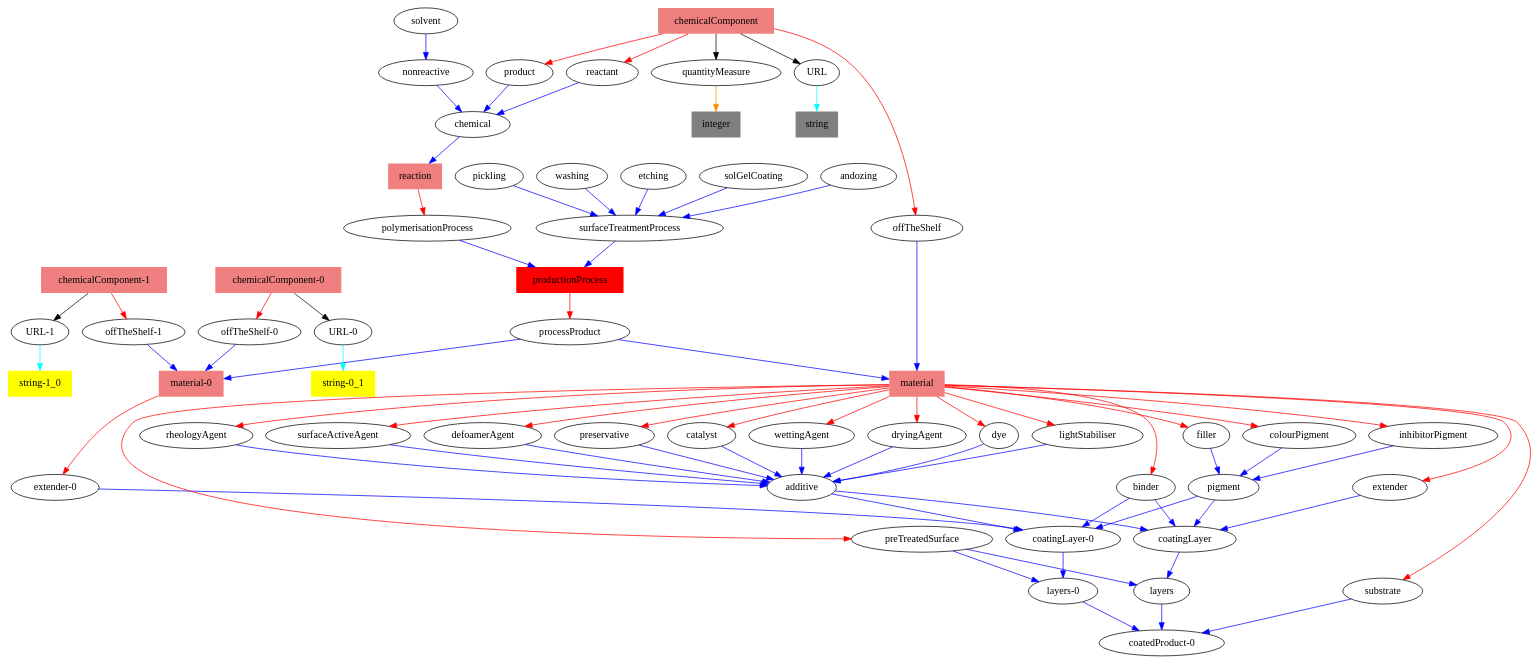
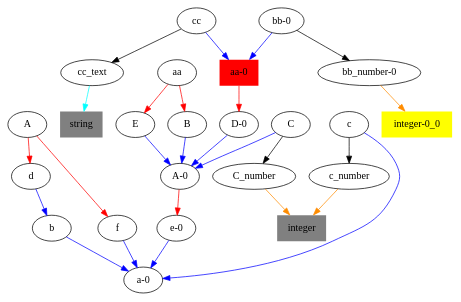
Before and after one commit to heinz-preisig/PeriConto: the diagram in ontologyRepository/Digraph.gv, drawn with Graphviz. The commit also changed 21 other files, not shown here.

```diff
--- a/ontologyRepository/Digraph.gv
+++ b/ontologyRepository/Digraph.gv
@@ -1,230 +1,77 @@
 digraph {
+	A
+	d
+	A -> d [color=red]
+	cc
+	"aa-0" [fillcolor=red shape=none style=filled]
+	cc -> "aa-0" [color=blue]
 	integer [color=green fillcolor=gray shape=none style=filled]
 	integer
-	quantityMeasure -> integer [color=darkorange]
-	binder
-	"coatingLayer-0"
-	binder -> "coatingLayer-0" [color=blue]
-	chemicalComponent [color=red fillcolor=lightcoral shape=none style=filled]
-	quantityMeasure
-	chemicalComponent -> quantityMeasure [color=black]
-	extender
-	coatingLayer
-	extender -> coatingLayer [color=blue]
-	additive
-	coatingLayer
-	additive -> coatingLayer [color=blue]
-	rheologyAgent
-	additive
-	rheologyAgent -> additive [color=blue]
-	"extender-0"
-	"coatingLayer-0"
-	"extender-0" -> "coatingLayer-0" [color=blue]
-	offTheShelf
-	material
-	offTheShelf -> material [color=blue]
-	"string-1_0" [color=green fillcolor=yellow shape=none style=filled]
-	"string-1_0"
-	"URL-1" -> "string-1_0" [color=cyan]
-	processProduct
-	"material-0"
-	processProduct -> "material-0" [color=blue]
-	surfaceActiveAgent
-	additive
-	surfaceActiveAgent -> additive [color=blue]
-	material [color=red fillcolor=lightcoral shape=none style=filled]
-	defoamerAgent
-	material -> defoamerAgent [color=red]
-	chemicalComponent [color=red fillcolor=lightcoral shape=none style=filled]
-	reactant
-	chemicalComponent -> reactant [color=red]
-	washing
-	surfaceTreatmentProcess
-	washing -> surfaceTreatmentProcess [color=blue]
-	preservative
-	additive
-	preservative -> additive [color=blue]
-	material [color=red fillcolor=lightcoral shape=none style=filled]
-	surfaceActiveAgent
-	material -> surfaceActiveAgent [color=red]
-	material [color=red fillcolor=lightcoral shape=none style=filled]
-	extender
-	material -> extender [color=red]
-	"offTheShelf-1"
-	"material-0"
-	"offTheShelf-1" -> "material-0" [color=blue]
-	reactant
-	chemical
-	reactant -> chemical [color=blue]
-	processProduct
-	material
-	processProduct -> material [color=blue]
-	productionProcess [color=red fillcolor=lightcoral shape=none style=filled]
-	processProduct
-	productionProcess -> processProduct [color=red]
-	catalyst
-	additive
-	catalyst -> additive [color=blue]
-	defoamerAgent
-	additive
-	defoamerAgent -> additive [color=blue]
-	material [color=red fillcolor=lightcoral shape=none style=filled]
-	substrate
-	material -> substrate [color=red]
-	binder
-	coatingLayer
-	binder -> coatingLayer [color=blue]
-	chemicalComponent [color=red fillcolor=lightcoral shape=none style=filled]
-	URL
-	chemicalComponent -> URL [color=black]
-	layers
-	"coatedProduct-0"
-	layers -> "coatedProduct-0" [color=blue]
-	material [color=red fillcolor=lightcoral shape=none style=filled]
-	preservative
-	material -> preservative [color=red]
-	material [color=red fillcolor=lightcoral shape=none style=filled]
-	wettingAgent
-	material -> wettingAgent [color=red]
-	nonreactive
-	chemical
-	nonreactive -> chemical [color=blue]
-	material [color=red fillcolor=lightcoral shape=none style=filled]
-	dryingAgent
-	material -> dryingAgent [color=red]
-	surfaceTreatmentProcess
-	productionProcess [fillcolor=red shape=none style=filled]
-	surfaceTreatmentProcess -> productionProcess [color=blue]
-	etching
-	surfaceTreatmentProcess
-	etching -> surfaceTreatmentProcess [color=blue]
-	preTreatedSurface
-	layers
-	preTreatedSurface -> layers [color=blue]
-	solGelCoating
-	surfaceTreatmentProcess
-	solGelCoating -> surfaceTreatmentProcess [color=blue]
-	"coatingLayer-0"
-	"layers-0"
-	"coatingLayer-0" -> "layers-0" [color=blue]
-	substrate
-	"coatedProduct-0"
-	substrate -> "coatedProduct-0" [color=blue]
-	material [color=red fillcolor=lightcoral shape=none style=filled]
-	binder
-	material -> binder [color=red]
-	pigment
-	"coatingLayer-0"
-	pigment -> "coatingLayer-0" [color=blue]
-	andozing
-	surfaceTreatmentProcess
-	andozing -> surfaceTreatmentProcess [color=blue]
-	solvent
-	nonreactive
-	solvent -> nonreactive [color=blue]
-	product
-	chemical
-	product -> chemical [color=blue]
-	dryingAgent
-	additive
-	dryingAgent -> additive [color=blue]
-	reaction [color=red fillcolor=lightcoral shape=none style=filled]
-	polymerisationProcess
-	reaction -> polymerisationProcess [color=red]
-	"chemicalComponent-0" [color=red fillcolor=lightcoral shape=none style=filled]
-	"URL-0"
-	"chemicalComponent-0" -> "URL-0" [color=black]
-	chemicalComponent [color=red fillcolor=lightcoral shape=none style=filled]
-	product
-	chemicalComponent -> product [color=red]
+	c_number -> integer [color=darkorange]
+	"bb-0"
+	"aa-0" [fillcolor=red shape=none style=filled]
+	"bb-0" -> "aa-0" [color=blue]
+	cc
+	cc_text
+	cc -> cc_text [color=black]
+	"integer-0_0" [color=green fillcolor=yellow shape=none style=filled]
+	"integer-0_0"
+	"bb_number-0" -> "integer-0_0" [color=darkorange]
+	C
+	C_number
+	C -> C_number [color=black]
+	"aa-0"
+	"D-0"
+	"aa-0" -> "D-0" [color=red]
+	B
+	"A-0"
+	B -> "A-0" [color=blue]
+	d
+	b
+	d -> b [color=blue]
+	"D-0"
+	"A-0"
+	"D-0" -> "A-0" [color=blue]
+	b
+	"a-0"
+	b -> "a-0" [color=blue]
+	"e-0"
+	"a-0"
+	"e-0" -> "a-0" [color=blue]
+	"bb-0"
+	"bb_number-0"
+	"bb-0" -> "bb_number-0" [color=black]
+	"A-0"
+	"e-0"
+	"A-0" -> "e-0" [color=red]
+	aa
+	E
+	aa -> E [color=red]
+	f
+	"a-0"
+	f -> "a-0" [color=blue]
+	A
+	f
+	A -> f [color=red]
 	string [color=green fillcolor=gray shape=none style=filled]
 	string
-	URL -> string [color=cyan]
-	colourPigment
-	pigment
-	colourPigment -> pigment [color=blue]
-	"layers-0"
-	"coatedProduct-0"
-	"layers-0" -> "coatedProduct-0" [color=blue]
-	"chemicalComponent-0" [color=red fillcolor=lightcoral shape=none style=filled]
-	"offTheShelf-0"
-	"chemicalComponent-0" -> "offTheShelf-0" [color=red]
-	preTreatedSurface
-	"layers-0"
-	preTreatedSurface -> "layers-0" [color=blue]
-	inhibitorPigment
-	pigment
-	inhibitorPigment -> pigment [color=blue]
-	"chemicalComponent-1" [color=red fillcolor=lightcoral shape=none style=filled]
-	"URL-1"
-	"chemicalComponent-1" -> "URL-1" [color=black]
-	material [color=red fillcolor=lightcoral shape=none style=filled]
-	filler
-	material -> filler [color=red]
-	material [color=red fillcolor=lightcoral shape=none style=filled]
-	colourPigment
-	material -> colourPigment [color=red]
-	wettingAgent
-	additive
-	wettingAgent -> additive [color=blue]
-	filler
-	pigment
-	filler -> pigment [color=blue]
-	additive
-	"coatingLayer-0"
-	additive -> "coatingLayer-0" [color=blue]
-	"string-0_1" [color=green fillcolor=yellow shape=none style=filled]
-	"string-0_1"
-	"URL-0" -> "string-0_1" [color=cyan]
-	"chemicalComponent-1" [color=red fillcolor=lightcoral shape=none style=filled]
-	"offTheShelf-1"
-	"chemicalComponent-1" -> "offTheShelf-1" [color=red]
-	"material-0" [color=red fillcolor=lightcoral shape=none style=filled]
-	"extender-0"
-	"material-0" -> "extender-0" [color=red]
-	pickling
-	surfaceTreatmentProcess
-	pickling -> surfaceTreatmentProcess [color=blue]
-	dye
-	additive
-	dye -> additive [color=blue]
-	material [color=red fillcolor=lightcoral shape=none style=filled]
-	rheologyAgent
-	material -> rheologyAgent [color=red]
-	chemicalComponent [color=red fillcolor=lightcoral shape=none style=filled]
-	offTheShelf
-	chemicalComponent -> offTheShelf [color=red]
-	chemical
-	reaction
-	chemical -> reaction [color=blue]
-	material [color=red fillcolor=lightcoral shape=none style=filled]
-	preTreatedSurface
-	material -> preTreatedSurface [color=red]
-	pigment
-	coatingLayer
-	pigment -> coatingLayer [color=blue]
-	coatingLayer
-	layers
-	coatingLayer -> layers [color=blue]
-	"offTheShelf-0"
-	"material-0"
-	"offTheShelf-0" -> "material-0" [color=blue]
-	material [color=red fillcolor=lightcoral shape=none style=filled]
-	catalyst
-	material -> catalyst [color=red]
-	lightStabiliser
-	additive
-	lightStabiliser -> additive [color=blue]
-	polymerisationProcess
-	productionProcess [fillcolor=red shape=none style=filled]
-	polymerisationProcess -> productionProcess [color=blue]
-	material [color=red fillcolor=lightcoral shape=none style=filled]
-	inhibitorPigment
-	material -> inhibitorPigment [color=red]
-	material [color=red fillcolor=lightcoral shape=none style=filled]
-	lightStabiliser
-	material -> lightStabiliser [color=red]
-	material [color=red fillcolor=lightcoral shape=none style=filled]
-	dye
-	material -> dye [color=red]
+	cc_text -> string [color=cyan]
+	c
+	c_number
+	c -> c_number [color=black]
+	E
+	"A-0"
+	E -> "A-0" [color=blue]
+	c
+	"a-0"
+	c -> "a-0" [color=blue]
+	aa
+	B
+	aa -> B [color=red]
+	integer [color=green fillcolor=gray shape=none style=filled]
+	integer
+	C_number -> integer [color=darkorange]
+	C
+	"A-0"
+	C -> "A-0" [color=blue]
 }
```
